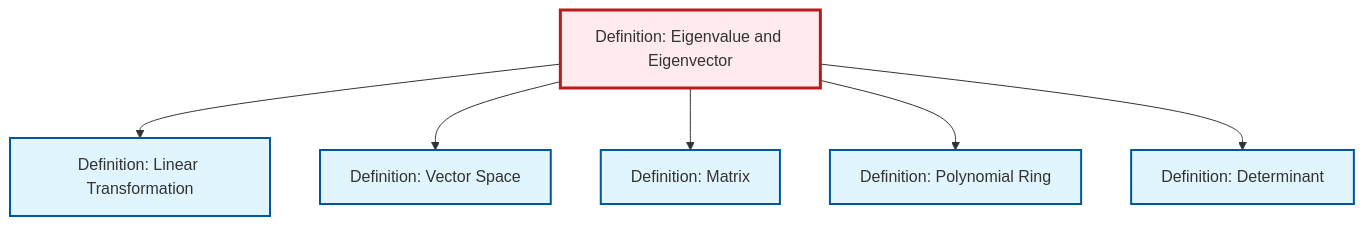
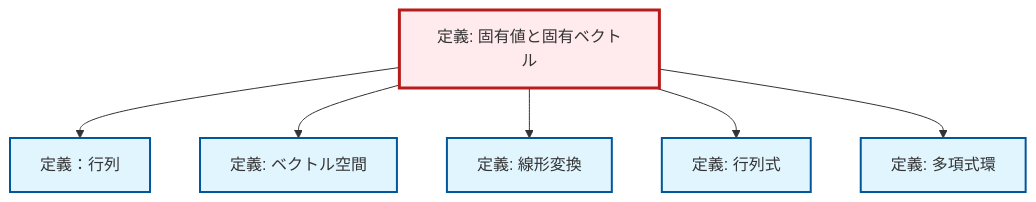
Before and after one commit to RK0429/ModernMath: the diagram in content/ja/algebra/def-eigenvalue-eigenvector.qmd, drawn with Mermaid. The commit also changed 1069 other files, not shown here.

````diff
--- a/content/ja/algebra/def-eigenvalue-eigenvector.qmd
+++ b/content/ja/algebra/def-eigenvalue-eigenvector.qmd
@@ -77,26 +77,26 @@
 ```{mermaid}
 %%| fig-cap: "Local dependency graph"
 graph TD
     classDef definition fill:#e1f5fe,stroke:#01579b,stroke-width:2px
     classDef theorem fill:#f3e5f5,stroke:#4a148c,stroke-width:2px
     classDef axiom fill:#fff3e0,stroke:#e65100,stroke-width:2px
     classDef example fill:#e8f5e9,stroke:#1b5e20,stroke-width:2px
     classDef current fill:#ffebee,stroke:#b71c1c,stroke-width:3px
-    def-polynomial-ring["Definition: Polynomial Ring"]:::definition
-    def-determinant["Definition: Determinant"]:::definition
-    def-matrix["Definition: Matrix"]:::definition
-    def-eigenvalue-eigenvector["Definition: Eigenvalue and Eigenvector"]:::definition
-    def-linear-transformation["Definition: Linear Transformation"]:::definition
-    def-vector-space["Definition: Vector Space"]:::definition
+    def-determinant["定義: 行列式"]:::definition
+    def-linear-transformation["定義: 線形変換"]:::definition
+    def-polynomial-ring["定義: 多項式環"]:::definition
+    def-vector-space["定義: ベクトル空間"]:::definition
+    def-eigenvalue-eigenvector["定義: 固有値と固有ベクトル"]:::definition
+    def-matrix["定義：行列"]:::definition
+    def-eigenvalue-eigenvector --> def-matrix
+    def-eigenvalue-eigenvector --> def-vector-space
     def-eigenvalue-eigenvector --> def-linear-transformation
-    def-eigenvalue-eigenvector --> def-vector-space
-    def-eigenvalue-eigenvector --> def-matrix
+    def-eigenvalue-eigenvector --> def-determinant
     def-eigenvalue-eigenvector --> def-polynomial-ring
-    def-eigenvalue-eigenvector --> def-determinant
     class def-eigenvalue-eigenvector current
-    click def-polynomial-ring "def-polynomial-ring.html" "Definition: Polynomial Ringへ"
-    click def-determinant "def-determinant.html" "Definition: Determinantへ"
-    click def-matrix "def-matrix.html" "Definition: Matrixへ"
-    click def-linear-transformation "def-linear-transformation.html" "Definition: Linear Transformationへ"
-    click def-vector-space "def-vector-space.html" "Definition: Vector Spaceへ"
+    click def-determinant "def-determinant.html" "行列式の定義へ"
+    click def-linear-transformation "def-linear-transformation.html" "線形変換の定義へ"
+    click def-polynomial-ring "def-polynomial-ring.html" "多項式環の定義へ"
+    click def-vector-space "def-vector-space.html" "ベクトル空間の定義へ"
+    click def-matrix "def-matrix.html" "定義：行列へ"
 ```
````
